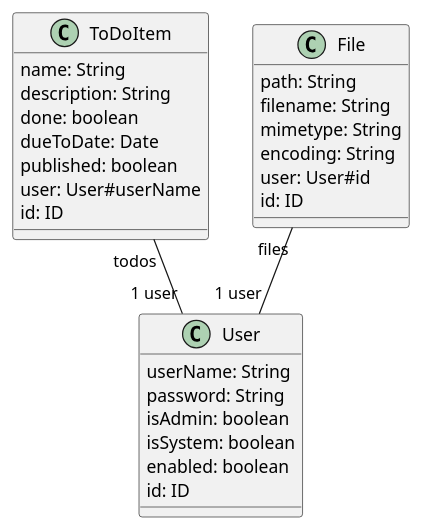
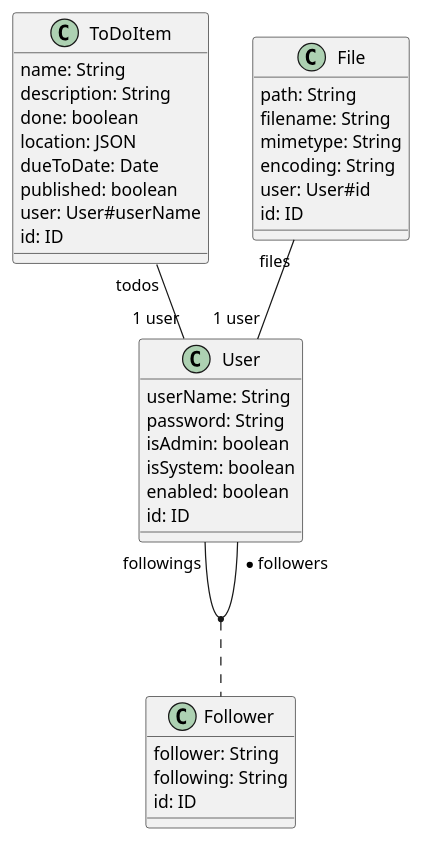
One commit to ODA-js/demos changed the diagram in api-simple-mongoose/src/graphql-gen/All/schema/schema.puml. Above: the diagram before and after it, drawn with PlantUML. The commit also changed 10 other files, not shown here.

```diff
--- a/api-simple-mongoose/src/graphql-gen/All/schema/schema.puml
+++ b/api-simple-mongoose/src/graphql-gen/All/schema/schema.puml
@@ -1,36 +1,46 @@
 @startuml All
 
-ToDoItem "todos" -- "1 user" User
+  User "followings" -- "* followers" User
+  (User, User) . Follower
 
-File "files" -- "1 user" User
+  ToDoItem "todos" -- "1 user" User
+
+  File "files" -- "1 user" User
 
 
-class User {
-  userName: String
-  password: String
-  isAdmin: boolean
-  isSystem: boolean
-  enabled: boolean
-  id: ID
-}
+  class User {
+    userName: String
+    password: String
+    isAdmin: boolean
+    isSystem: boolean
+    enabled: boolean
+    id: ID
+  }
 
-class ToDoItem {
-  name: String
-  description: String
-  done: boolean
-  dueToDate: Date
-  published: boolean
-  user: User#userName
-  id: ID
-}
+  class ToDoItem {
+    name: String
+    description: String
+    done: boolean
+    location: JSON
+    dueToDate: Date
+    published: boolean
+    user: User#userName
+    id: ID
+  }
 
-class File {
-  path: String
-  filename: String
-  mimetype: String
-  encoding: String
-  user: User#id
-  id: ID
-}
+  class File {
+    path: String
+    filename: String
+    mimetype: String
+    encoding: String
+    user: User#id
+    id: ID
+  }
+
+  class Follower {
+    follower: String
+    following: String
+    id: ID
+  }
 
 @enduml
```
